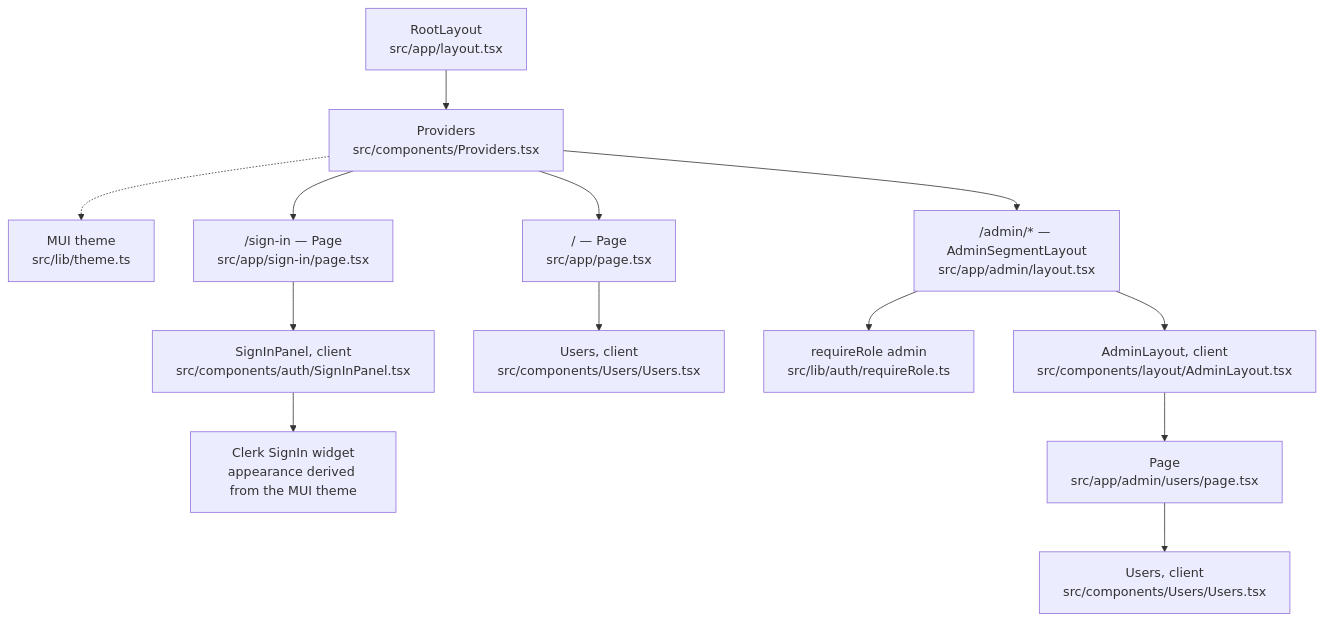
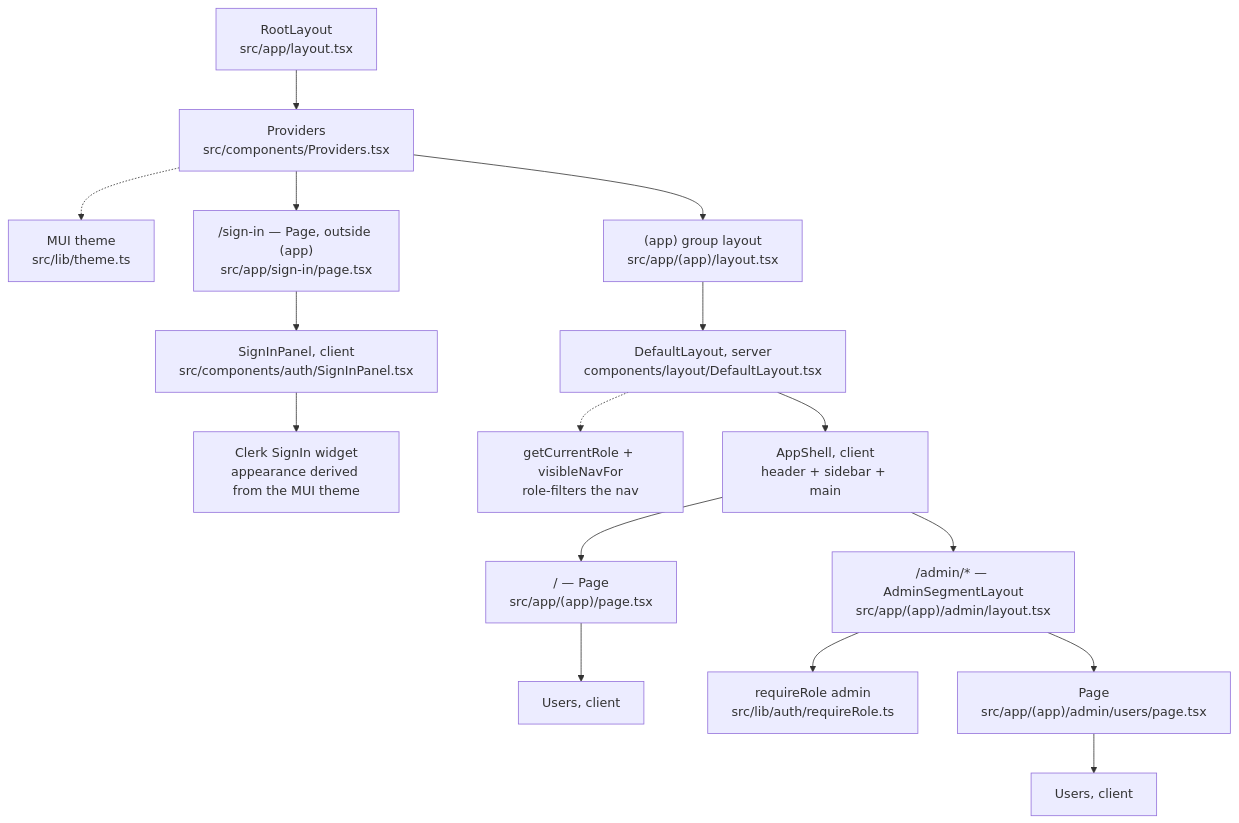
One commit to appliedpiper/nextjs-ts-template changed the second of 3 diagrams in docs/auth-component-flow.md. Above: the diagram before and after it, drawn with Mermaid. The commit also changed other lines of this file and 3 other files, not shown here.

````diff
--- a/docs/auth-component-flow.md
+++ b/docs/auth-component-flow.md
@@ -60,35 +64,43 @@
 ```mermaid
 flowchart TD
     LAYOUT["RootLayout<br/>src/app/layout.tsx"]
     PROVIDERS["Providers<br/>src/components/Providers.tsx"]
     THEME["MUI theme<br/>src/lib/theme.ts"]
 
-    SIGNINPAGE["/sign-in — Page<br/>src/app/sign-in/page.tsx"]
+    SIGNINPAGE["/sign-in — Page, outside (app)<br/>src/app/sign-in/page.tsx"]
     PANEL["SignInPanel, client<br/>src/components/auth/SignInPanel.tsx"]
     WIDGET["Clerk SignIn widget<br/>appearance derived from the MUI theme"]
 
-    HOMEPAGE["/ — Page<br/>src/app/page.tsx"]
-    USERS1["Users, client<br/>src/components/Users/Users.tsx"]
+    GROUP["(app) group layout<br/>src/app/(app)/layout.tsx"]
+    DEFAULT["DefaultLayout, server<br/>components/layout/DefaultLayout.tsx"]
+    ROLE["getCurrentRole + visibleNavFor<br/>role-filters the nav"]
+    SHELL["AppShell, client<br/>header + sidebar + main"]
 
-    ADMINLAYOUT["/admin/* — AdminSegmentLayout<br/>src/app/admin/layout.tsx"]
+    HOMEPAGE["/ — Page<br/>src/app/(app)/page.tsx"]
+    USERS1["Users, client"]
+
+    ADMINGUARD["/admin/* — AdminSegmentLayout<br/>src/app/(app)/admin/layout.tsx"]
     GUARD["requireRole admin<br/>src/lib/auth/requireRole.ts"]
-    CHROME["AdminLayout, client<br/>src/components/layout/AdminLayout.tsx"]
-    ADMINPAGE["Page<br/>src/app/admin/users/page.tsx"]
-    USERS2["Users, client<br/>src/components/Users/Users.tsx"]
+    ADMINPAGE["Page<br/>src/app/(app)/admin/users/page.tsx"]
+    USERS2["Users, client"]
 
     LAYOUT --> PROVIDERS
     PROVIDERS -.-> THEME
     PROVIDERS --> SIGNINPAGE
-    PROVIDERS --> HOMEPAGE
-    PROVIDERS --> ADMINLAYOUT
+    PROVIDERS --> GROUP
 
     SIGNINPAGE --> PANEL
     PANEL --> WIDGET
 
+    GROUP --> DEFAULT
+    DEFAULT -.-> ROLE
+    DEFAULT --> SHELL
+    SHELL --> HOMEPAGE
+    SHELL --> ADMINGUARD
+
     HOMEPAGE --> USERS1
 
-    ADMINLAYOUT --> GUARD
-    ADMINLAYOUT --> CHROME
-    CHROME --> ADMINPAGE
+    ADMINGUARD --> GUARD
+    ADMINGUARD --> ADMINPAGE
     ADMINPAGE --> USERS2
 ```
````
